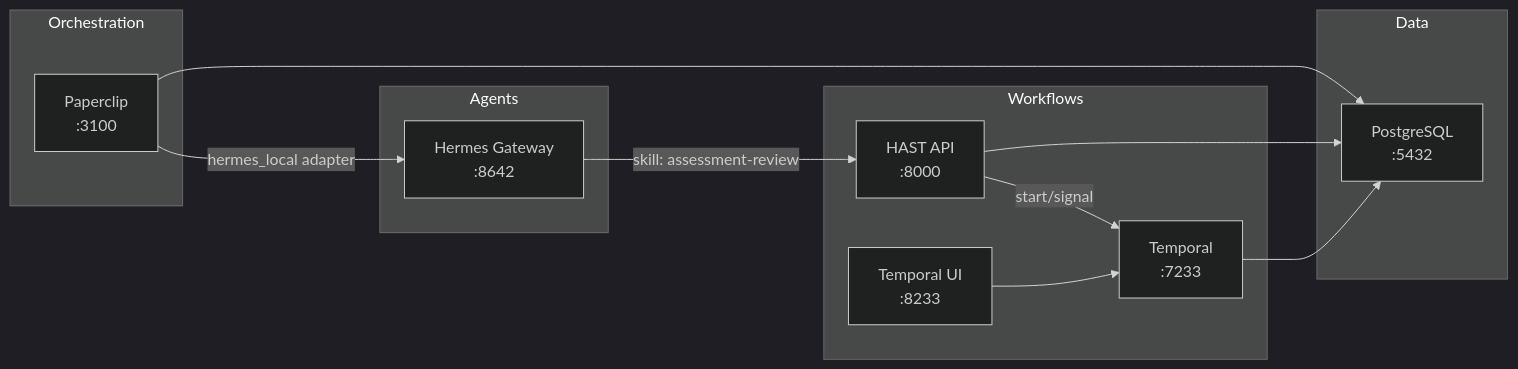
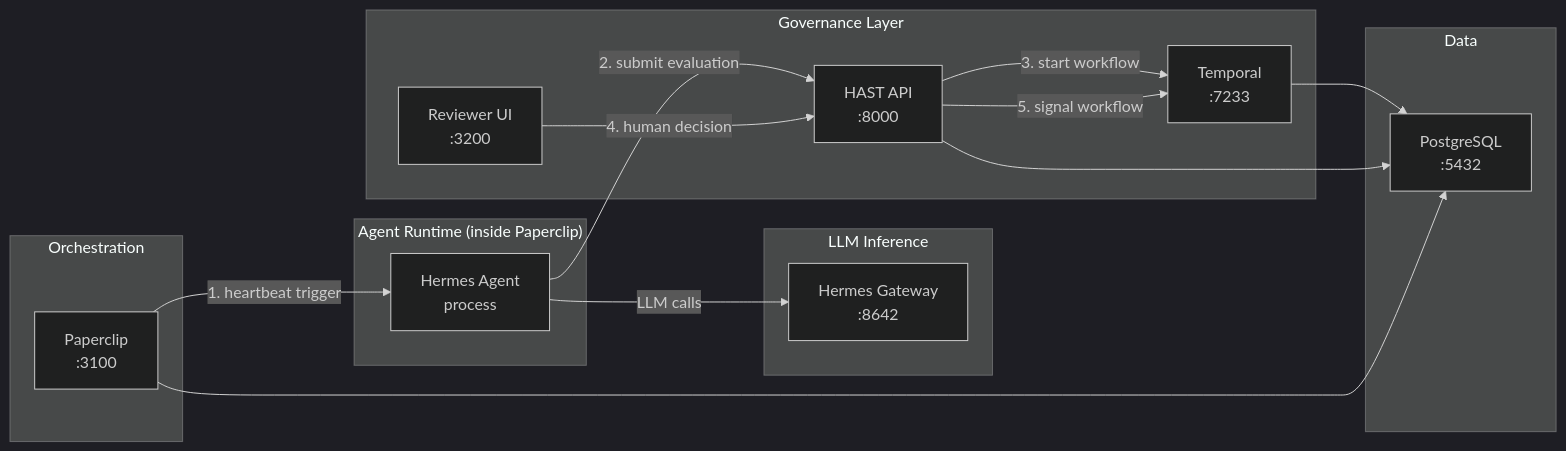
One commit to fierro-ltd/lecture-agentic-ai changed the first of 2 diagrams in README.md. Above: the diagram before and after it, drawn with Mermaid (dark theme). The commit also changed other lines of this file, not shown here.

First line of the commit message:
docs: add detailed end-to-end flow diagrams and architecture explanation

````diff
--- a/README.md
+++ b/README.md
@@ -9,28 +9,34 @@
 ```mermaid
 graph LR
     subgraph Orchestration
         PAP["Paperclip<br/>:3100"]
     end
 
-    subgraph Agents
+    subgraph "Agent Runtime (inside Paperclip)"
+        HA["Hermes Agent<br/>process"]
+    end
+
+    subgraph "LLM Inference"
         HG["Hermes Gateway<br/>:8642"]
     end
 
-    subgraph Workflows
+    subgraph "Governance Layer"
         HAST["HAST API<br/>:8000"]
         TMP["Temporal<br/>:7233"]
-        TUI["Temporal UI<br/>:8233"]
+        RUI["Reviewer UI<br/>:3200"]
     end
 
     subgraph Data
         PG["PostgreSQL<br/>:5432"]
     end
 
-    PAP -- "hermes_local adapter" --> HG
-    HG -- "skill: assessment-review" --> HAST
-    HAST -- "start/signal" --> TMP
+    PAP -- "1. heartbeat trigger" --> HA
+    HA -- "LLM calls" --> HG
+    HA -- "2. submit evaluation" --> HAST
+    HAST -- "3. start workflow" --> TMP
+    RUI -- "4. human decision" --> HAST
+    HAST -- "5. signal workflow" --> TMP
     TMP --> PG
     HAST --> PG
     PAP --> PG
-    TUI --> TMP
 ```
````
